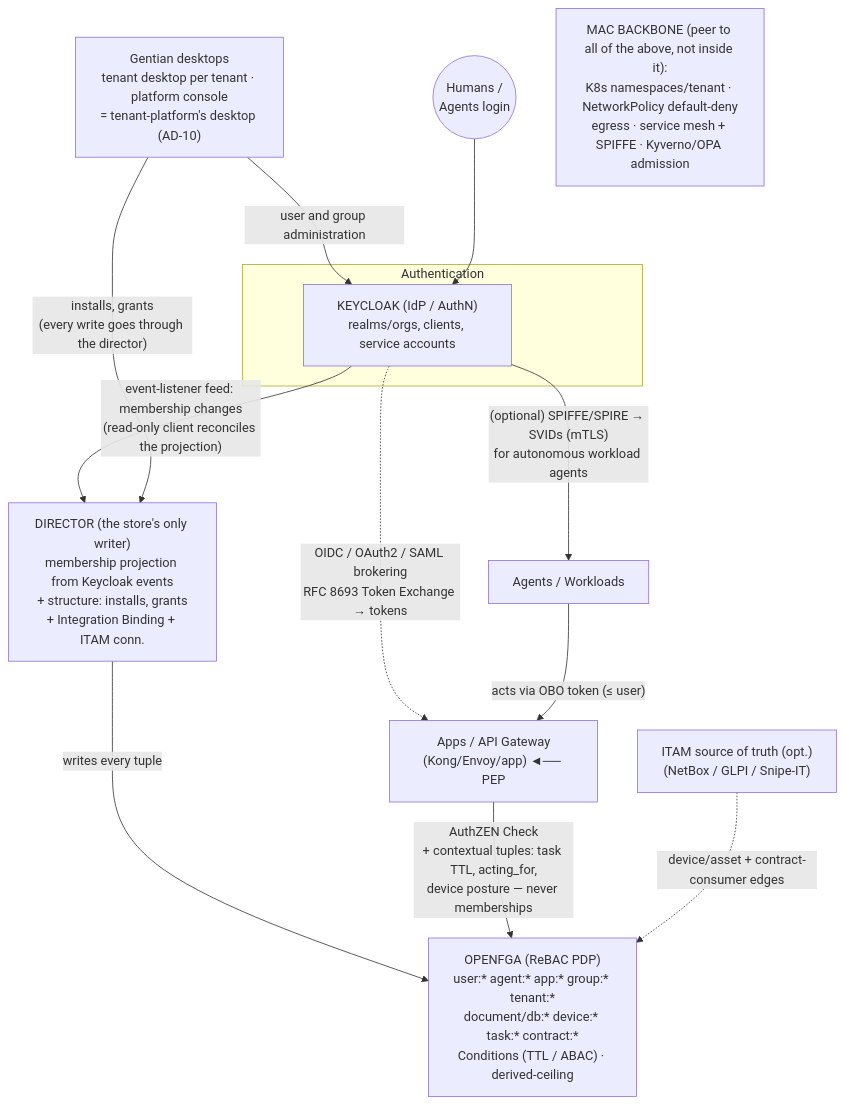
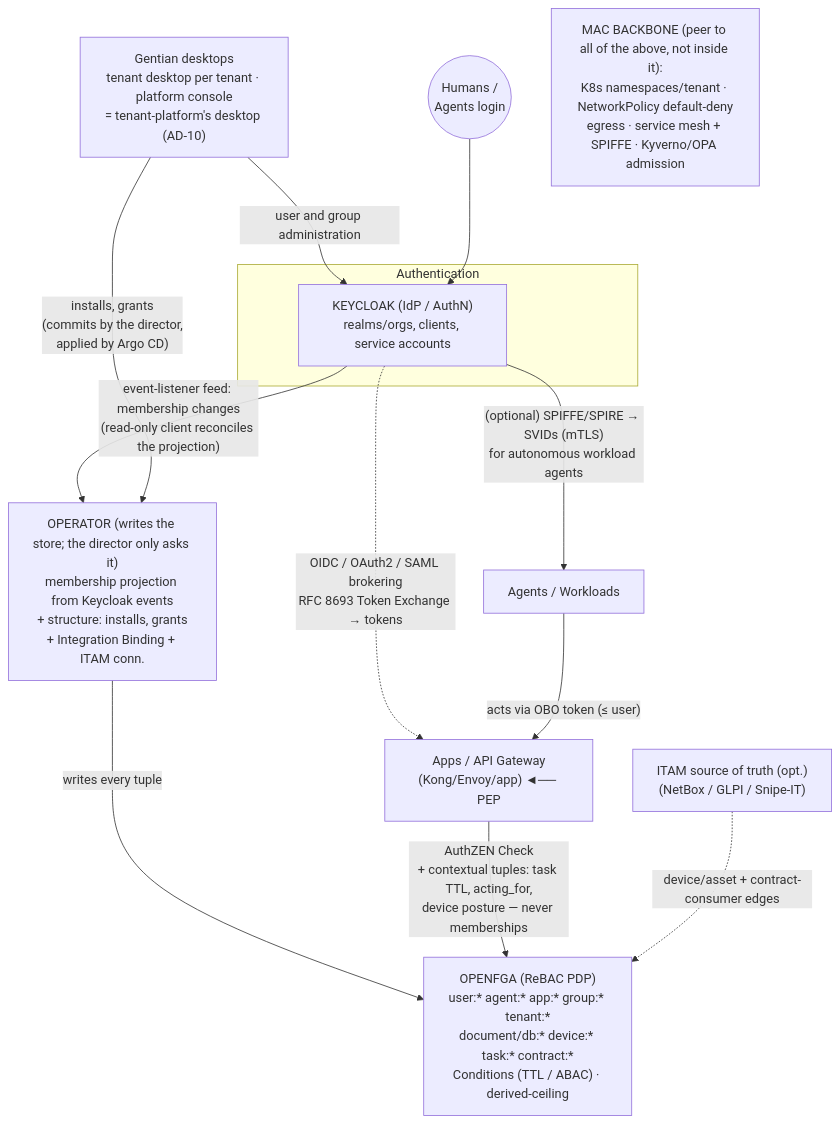
One commit to gentian-org/gentian-os changed the first of 3 diagrams in docs/design/security.md. Above: the diagram before and after it, drawn with Mermaid. The commit also changed other lines of this file and 2 other files, not shown here.

````diff
--- a/docs/design/security.md
+++ b/docs/design/security.md
@@ -141,36 +142,36 @@
 ```mermaid
 flowchart TD
     Shell["Gentian desktops<br>tenant desktop per tenant · platform console<br>= tenant-platform's desktop (AD-10)"]
     
     Users(("Humans /<br>Agents login"))
     
     subgraph Identity ["Authentication"]
         Keycloak["KEYCLOAK (IdP / AuthN)<br>realms/orgs, clients, service accounts"]
     end
     
-    Director["DIRECTOR (the store's only writer)<br>membership projection from Keycloak events<br>+ structure: installs, grants<br>+ Integration Binding + ITAM conn."]
+    Director["OPERATOR (writes the store; the director only asks it)<br>membership projection from Keycloak events<br>+ structure: installs, grants<br>+ Integration Binding + ITAM conn."]
     
     AgentsWorkloads["Agents / Workloads"]
     Apps["Apps / API Gateway<br>(Kong/Envoy/app) ◄── PEP"]
     
     OpenFGA["OPENFGA (ReBAC PDP)<br>user:* agent:* app:* group:* tenant:*<br>document/db:* device:* task:* contract:*<br>Conditions (TTL / ABAC) · derived-ceiling"]
     
     ITAM["ITAM source of truth (opt.)<br>(NetBox / GLPI / Snipe-IT)"]
     
     MAC["MAC BACKBONE (peer to all of the above, not inside it):<br>K8s namespaces/tenant · NetworkPolicy default-deny<br>egress · service mesh + SPIFFE · Kyverno/OPA admission"]
     
     Shell -->|"user and group administration"| Keycloak
     Users --> Keycloak
     Keycloak -.->|"OIDC / OAuth2 / SAML brokering<br>RFC 8693 Token Exchange → tokens"| Apps
     
     Keycloak -->|"event-listener feed: membership changes<br>(read-only client reconciles the projection)"| Director
     Keycloak -->|"(optional) SPIFFE/SPIRE → SVIDs (mTLS)<br>for autonomous workload agents"| AgentsWorkloads
     
     AgentsWorkloads -->|"acts via OBO token (≤ user)"| Apps
     
-    Shell -->|"installs, grants<br>(every write goes through the director)"| Director
+    Shell -->|"installs, grants<br>(commits by the director,<br>applied by Argo CD)"| Director
     Director -->|"writes every tuple"| OpenFGA
     Apps -->|"AuthZEN Check<br>+ contextual tuples: task TTL, acting_for,<br>device posture — never memberships"| OpenFGA
     
     ITAM -.->|"device/asset + contract-consumer edges"| OpenFGA
 ```
````
